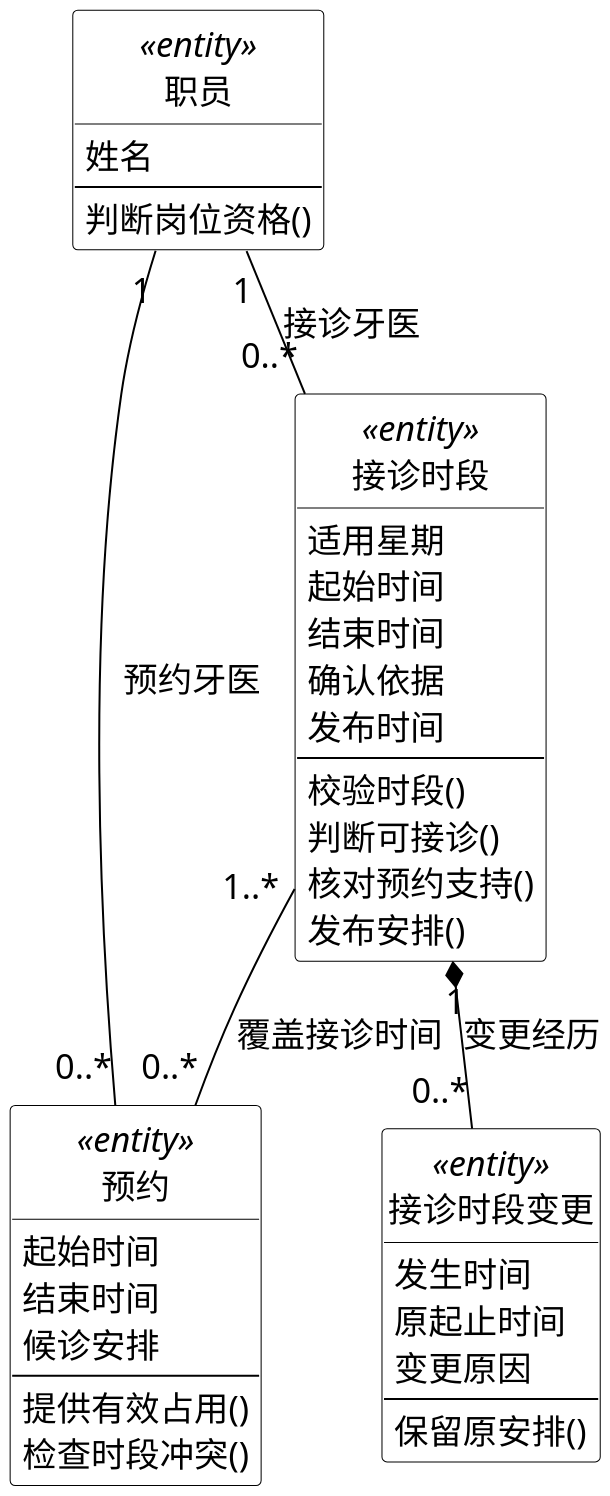
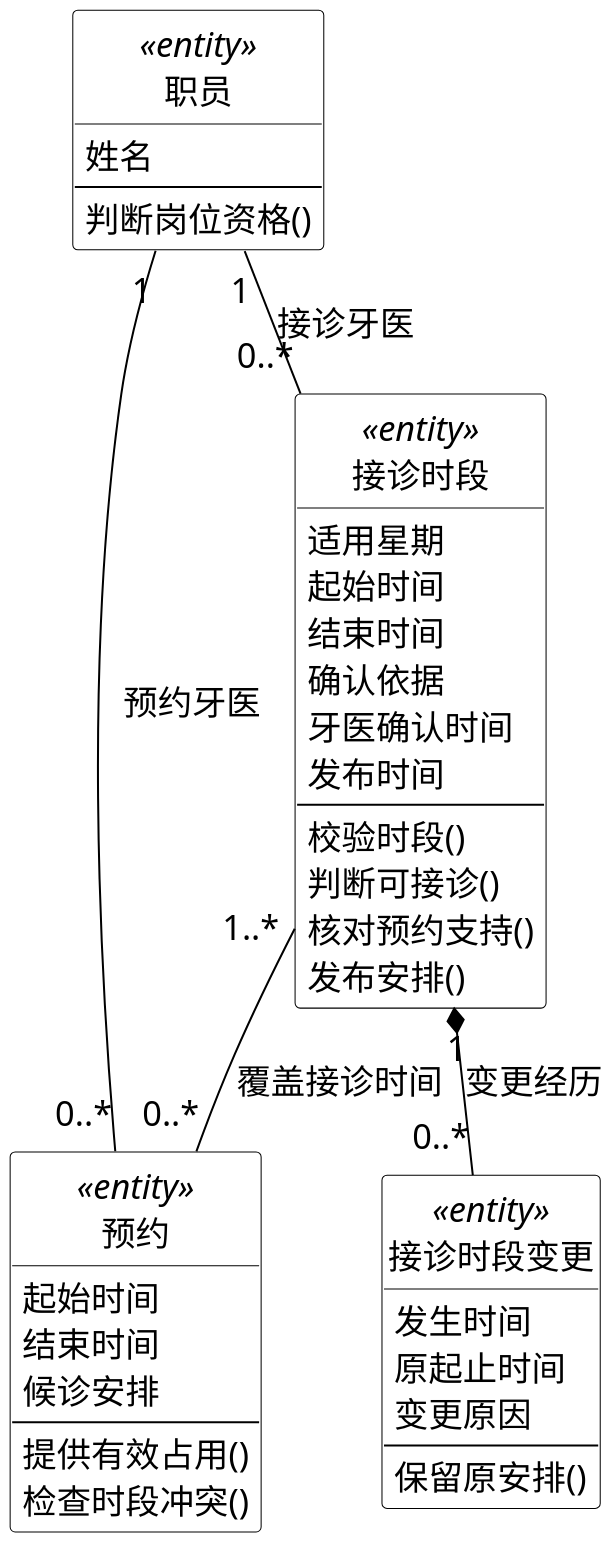
Before and after one commit to Shawmc-creator/systemAnalyseAndDesign: the diagram in 01-需求文档/diagrams/12d-analysis-staffing-entities.puml, drawn with PlantUML. The commit also changed 50 other files, not shown here.

Commit message:
Revise requirements document and analysis diagrams

```diff
--- a/01-需求文档/diagrams/12d-analysis-staffing-entities.puml
+++ b/01-需求文档/diagrams/12d-analysis-staffing-entities.puml
@@ -1,55 +1,56 @@
 @startuml
 skinparam backgroundColor white
 skinparam shadowing false
 skinparam defaultFontName SimSun
 skinparam defaultFontSize 17
 skinparam dpi 200
 skinparam ArrowColor black
 skinparam class {
  BackgroundColor white
  BorderColor black
  FontColor black
 }
 skinparam classAttributeIconSize 0
 hide circle
 top to bottom direction
 skinparam nodesep 35
 skinparam ranksep 45
 class "职员" as S <<entity>> {
  姓名
  --
  判断岗位资格()
 }
 class "接诊时段" as T <<entity>> {
  适用星期
  起始时间
  结束时间
  确认依据
+ 牙医确认时间
  发布时间
  --
  校验时段()
  判断可接诊()
  核对预约支持()
  发布安排()
 }
 class "预约" as A <<entity>> {
  起始时间
  结束时间
  候诊安排
  --
  提供有效占用()
  检查时段冲突()
 }
 S "1" -down- "0..*" T : 接诊牙医
 S "1" -right- "0..*" A : 预约牙医
 class "接诊时段变更" as H <<entity>> {
  发生时间
  原起止时间
  变更原因
  --
  保留原安排()
 }
 T "1" *-down- "0..*" H : 变更经历
 T "1..*" -- "0..*" A : 覆盖接诊时间
 
 @enduml
```
